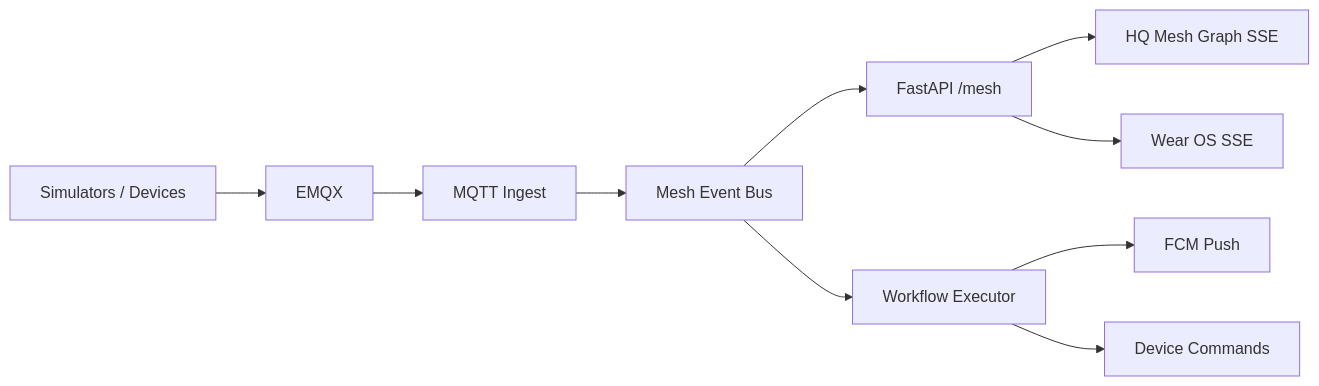
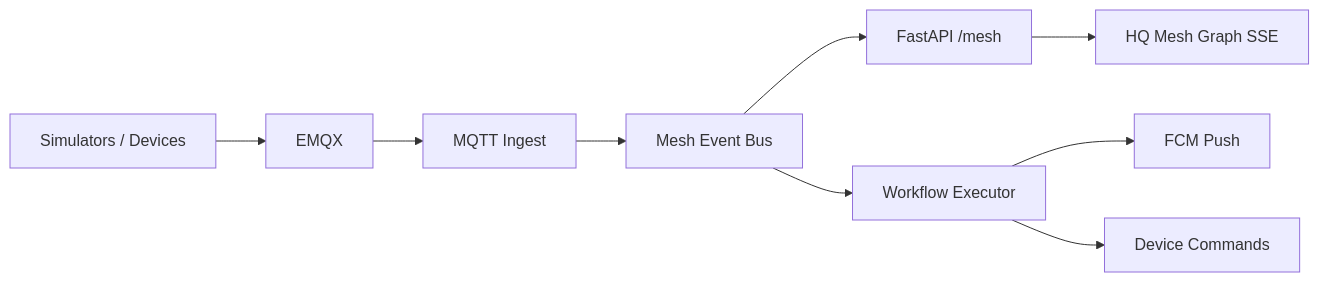
The diagram in docs/MESH_PHASE1_COMPLETE.md (prayogidymaz/Next-IOT), drawn with Mermaid before and after one commit. The commit also changed other lines of this file and 50 other files, not shown here.

````diff
--- a/docs/MESH_PHASE1_COMPLETE.md
+++ b/docs/MESH_PHASE1_COMPLETE.md
@@ -7,12 +7,11 @@
 ```mermaid
 flowchart LR
   Devices[Simulators / Devices] --> MQTT[EMQX]
   MQTT --> Ingest[MQTT Ingest]
   Ingest --> Bus[Mesh Event Bus]
   Bus --> API[FastAPI /mesh]
   Bus --> WF[Workflow Executor]
   WF --> FCM[FCM Push]
   WF --> Actuators[Device Commands]
   API --> Web[HQ Mesh Graph SSE]
-  API --> Wear[Wear OS SSE]
 ```
````
